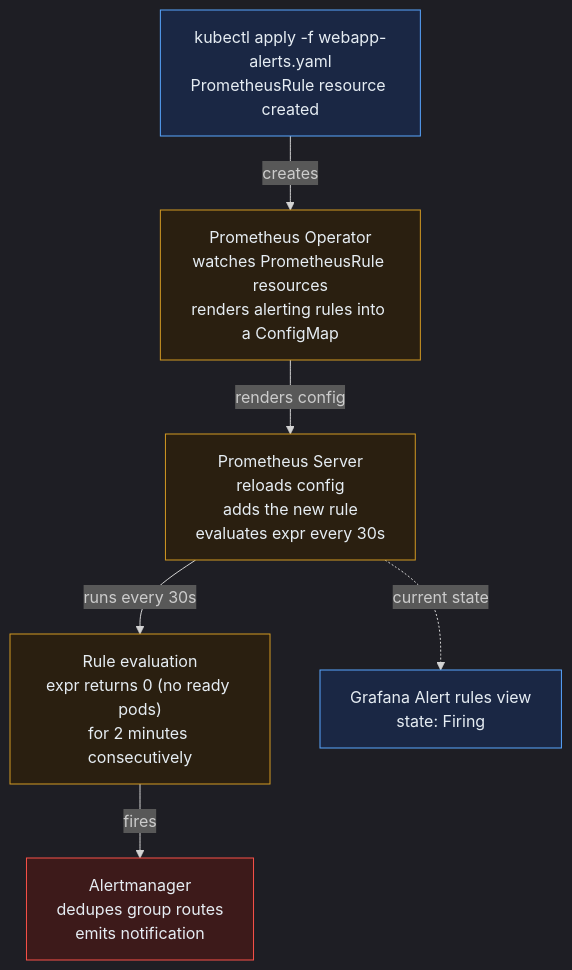
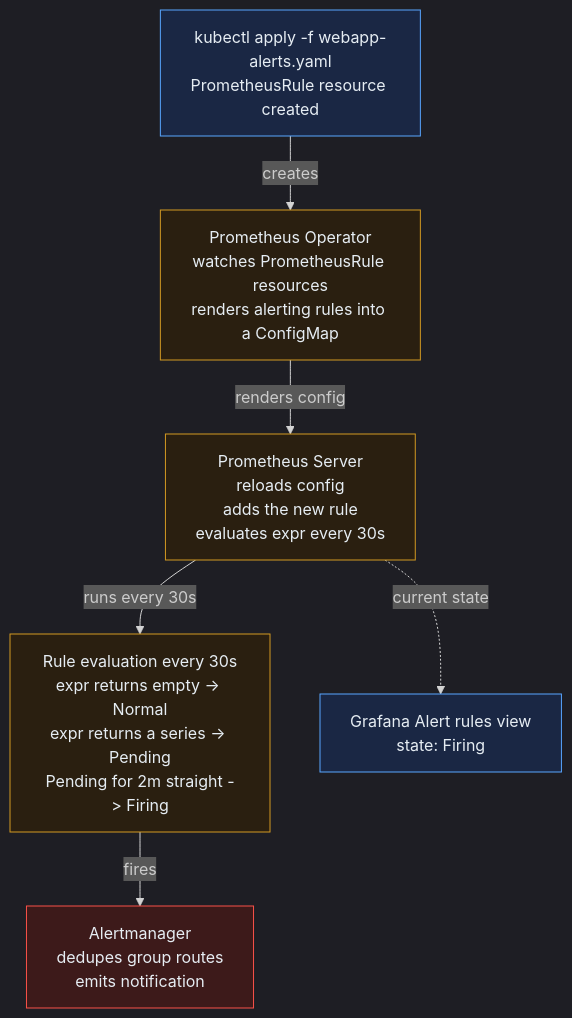
One commit to syssignals/30-days-devops changed the second of 2 diagrams in _posts/2026-05-19-day-08-prometheus-grafana.md. Above: the diagram before and after it, drawn with Mermaid. The commit also changed other lines of this file, not shown here.

First line of the commit message:
Day 8: second-pass fixes — deeper command explanations + tighter diagrams

````diff
--- a/_posts/2026-05-19-day-08-prometheus-grafana.md
+++ b/_posts/2026-05-19-day-08-prometheus-grafana.md
@@ -529,28 +625,28 @@
 ```mermaid
 %%{init: {'theme': 'dark'}}%%
 flowchart TB
     APPLY["kubectl apply -f webapp-alerts.yaml\nPrometheusRule resource created"]:::action
 
     OP["Prometheus Operator\nwatches PrometheusRule resources\nrenders alerting rules into a ConfigMap"]:::op
 
     PROM["Prometheus Server\nreloads config\nadds the new rule\nevaluates expr every 30s"]:::prom
 
-    EVAL["Rule evaluation\nexpr returns 0 (no ready pods)\nfor 2 minutes consecutively"]:::eval
+    EVAL["Rule evaluation every 30s\nexpr returns empty -> Normal\nexpr returns a series -> Pending\nPending for 2m straight -> Firing"]:::eval
 
     AM["Alertmanager\ndedupes group routes\nemits notification"]:::am
 
     UI["Grafana Alert rules view\nstate: Firing"]:::ui
 
     APPLY -->|"creates"| OP
     OP -->|"renders config"| PROM
     PROM -->|"runs every 30s"| EVAL
     EVAL -->|"fires"| AM
     PROM -.->|"current state"| UI
 
     classDef action fill:#1a2744,stroke:#58a6ff,color:#e6edf3
     classDef op fill:#2a1f10,stroke:#d29922,color:#e6edf3
     classDef prom fill:#2a1f10,stroke:#d29922,color:#e6edf3
     classDef eval fill:#2a1f10,stroke:#d29922,color:#e6edf3
     classDef am fill:#3d1a1a,stroke:#f85149,color:#e6edf3
     classDef ui fill:#1a2744,stroke:#58a6ff,color:#e6edf3
 ```
````
